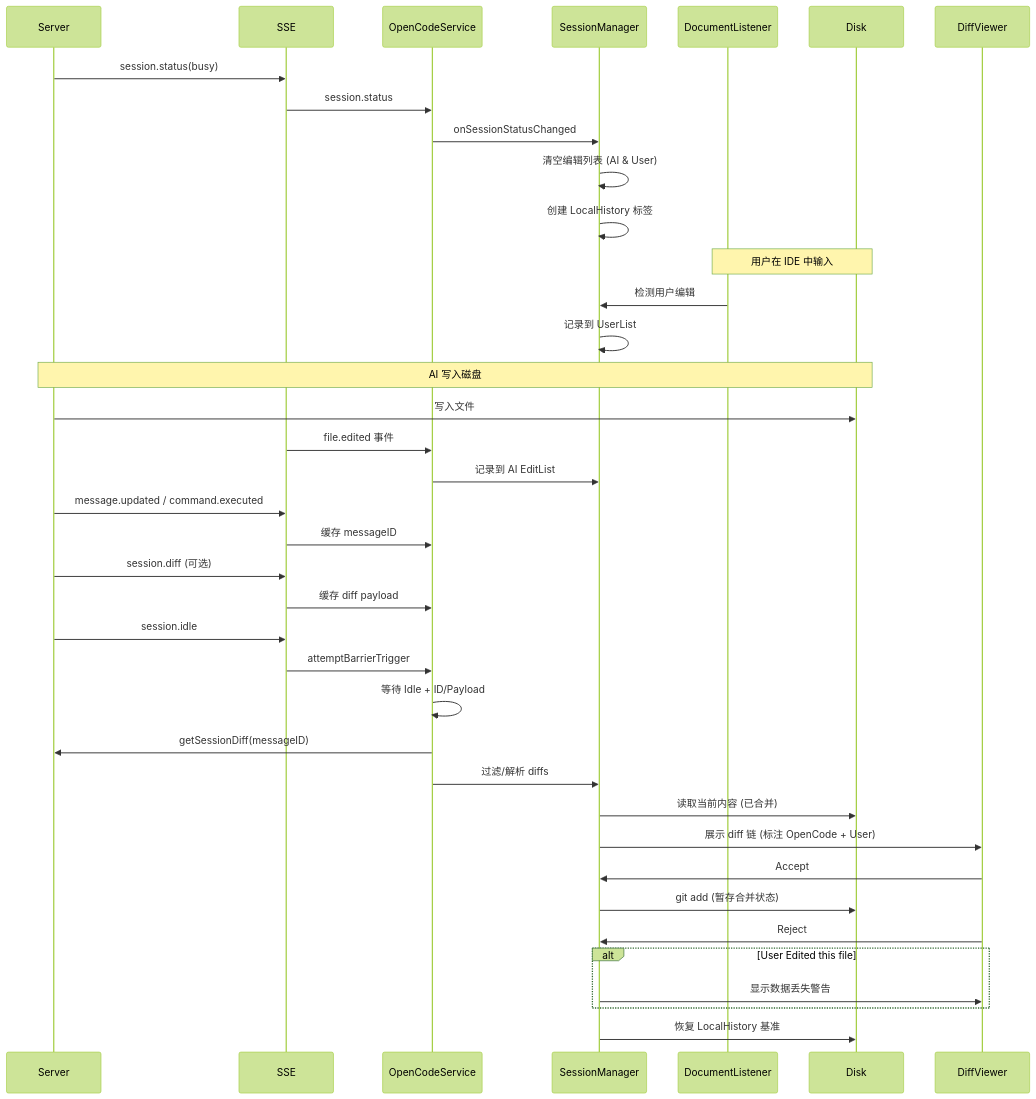
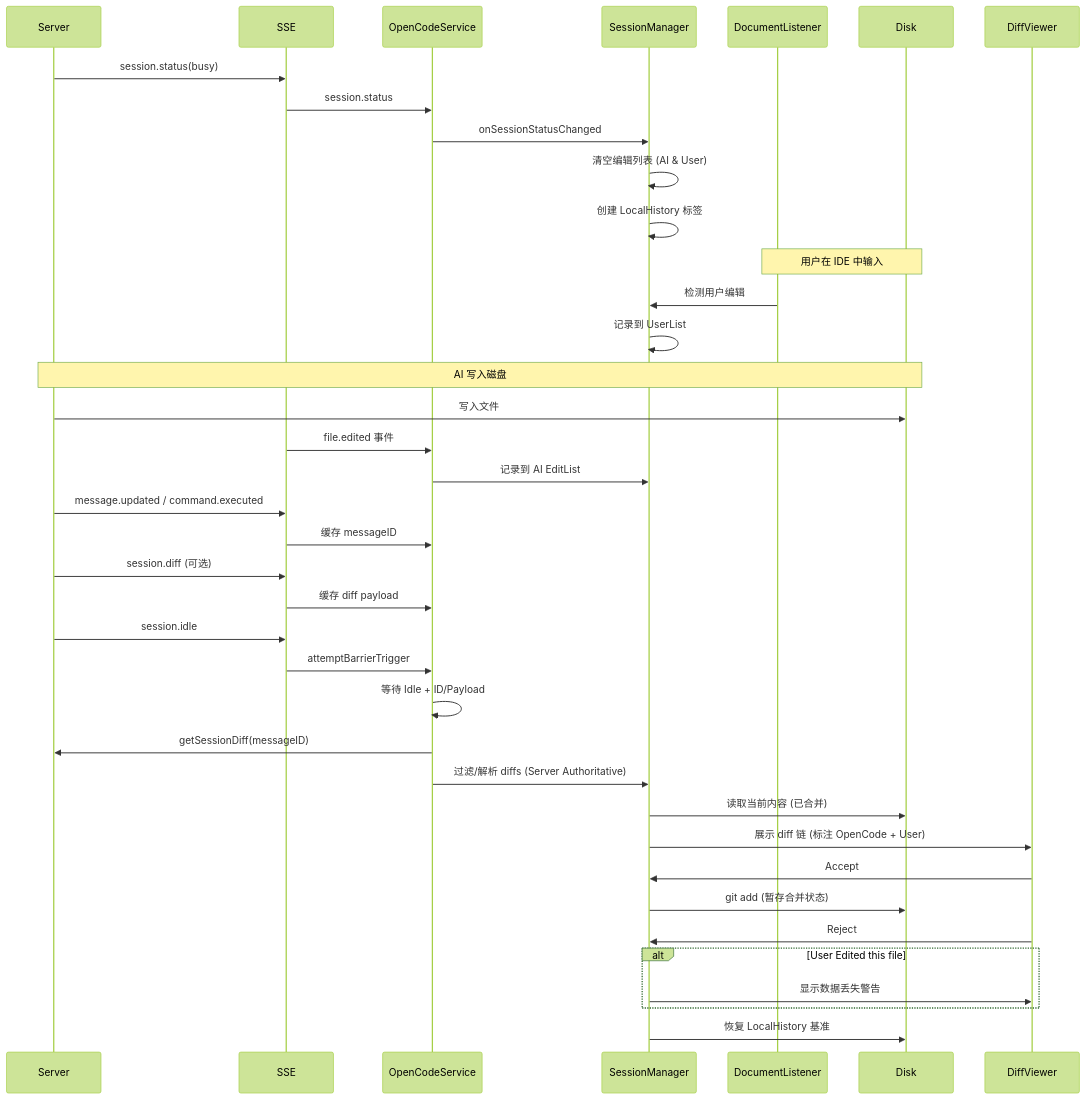
Before and after one commit to LaiZhou/OpenCode_UI: the diagram in designDocs/diff_feature_plan.md, drawn with Mermaid (forest theme). The commit also changed other lines of this file and 3 other files, not shown here.

First line of the commit message:
docs: 更新 Diff 策略文档为 'Server Authoritative'

````diff
--- a/designDocs/diff_feature_plan.md
+++ b/designDocs/diff_feature_plan.md
@@ -15,47 +15,47 @@
 ```mermaid
 sequenceDiagram
     participant Server
     participant SSE
     participant OCS as OpenCodeService
     participant SM as SessionManager
     participant DL as DocumentListener
     participant Disk
     participant Diff as DiffViewer
 
     Server->>SSE: session.status(busy)
     SSE->>OCS: session.status
     OCS->>SM: onSessionStatusChanged
     SM->>SM: 清空编辑列表 (AI & User)
     SM->>SM: 创建 LocalHistory 标签
 
     Note over DL, Disk: 用户在 IDE 中输入
     DL->>SM: 检测用户编辑
     SM->>SM: 记录到 UserList
 
     Note over Server, Disk: AI 写入磁盘
     Server->>Disk: 写入文件
     SSE->>OCS: file.edited 事件
     OCS->>SM: 记录到 AI EditList
 
     Server->>SSE: message.updated / command.executed
     SSE->>OCS: 缓存 messageID
     Server->>SSE: session.diff (可选)
     SSE->>OCS: 缓存 diff payload
 
     Server->>SSE: session.idle
     SSE->>OCS: attemptBarrierTrigger
     OCS->>OCS: 等待 Idle + ID/Payload
     OCS->>Server: getSessionDiff(messageID)
-    OCS->>SM: 过滤/解析 diffs
+    OCS->>SM: 过滤/解析 diffs (Server Authoritative)
     SM->>Disk: 读取当前内容 (已合并)
     SM->>Diff: 展示 diff 链 (标注 OpenCode + User)
 
     Diff->>SM: Accept
     SM->>Disk: git add (暂存合并状态)
 
     Diff->>SM: Reject
     alt User Edited this file
         SM->>Diff: 显示数据丢失警告
     end
     SM->>Disk: 恢复 LocalHistory 基准
 ```
````
